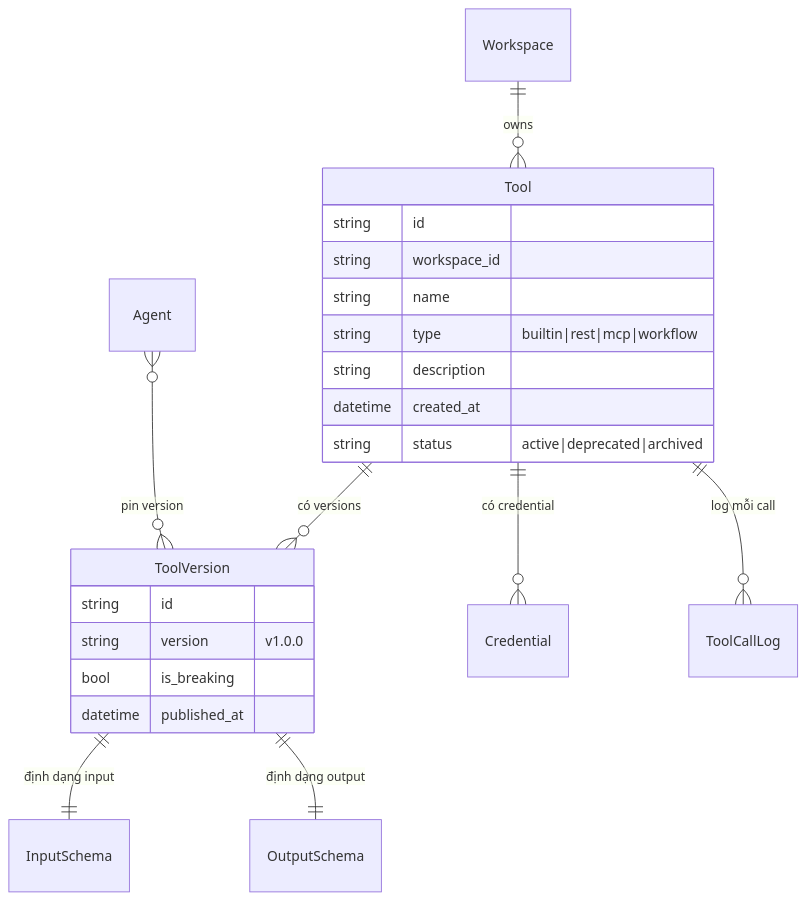
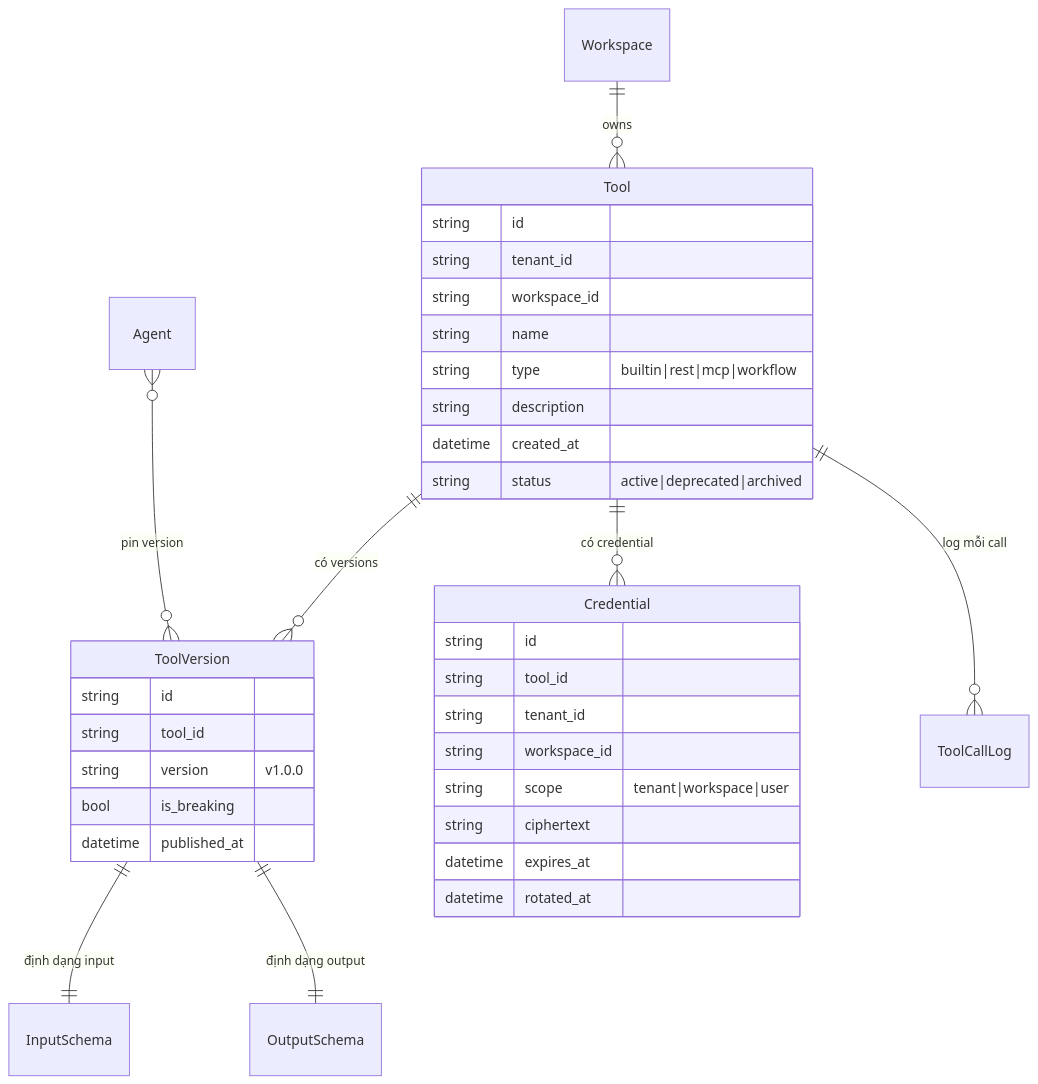
The first of 2 diagrams in docs/02-domain/04-tool.md (cmc-phongnd/agent-platform-docs), drawn with Mermaid before and after one commit. The commit also changed other lines of this file and 14 other files, not shown here.

First line of the commit message:
Rewrite docs module 02 (domain) intros + module 03 (architecture) full content

````diff
--- a/docs/02-domain/04-tool.md
+++ b/docs/02-domain/04-tool.md
@@ -39,26 +67,38 @@
 ```mermaid
 erDiagram
     Workspace ||--o{ Tool : owns
     Tool ||--o{ ToolVersion : "có versions"
     ToolVersion ||--|| InputSchema : "định dạng input"
     ToolVersion ||--|| OutputSchema : "định dạng output"
     Tool ||--o{ Credential : "có credential"
     Tool ||--o{ ToolCallLog : "log mỗi call"
     Agent }o--o{ ToolVersion : "pin version"
 
     Tool {
         string id
+        string tenant_id
         string workspace_id
         string name
         string type "builtin|rest|mcp|workflow"
         string description
         datetime created_at
         string status "active|deprecated|archived"
     }
     ToolVersion {
         string id
+        string tool_id
         string version "v1.0.0"
         bool is_breaking
         datetime published_at
     }
+    Credential {
+        string id
+        string tool_id
+        string tenant_id
+        string workspace_id
+        string scope "tenant|workspace|user"
+        string ciphertext
+        datetime expires_at
+        datetime rotated_at
+    }
 ```
````
